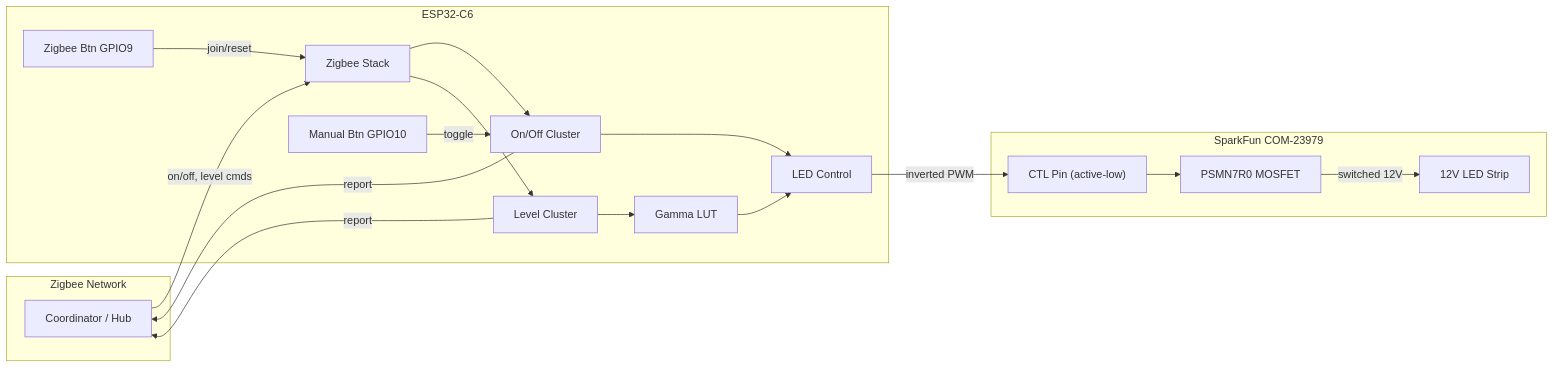
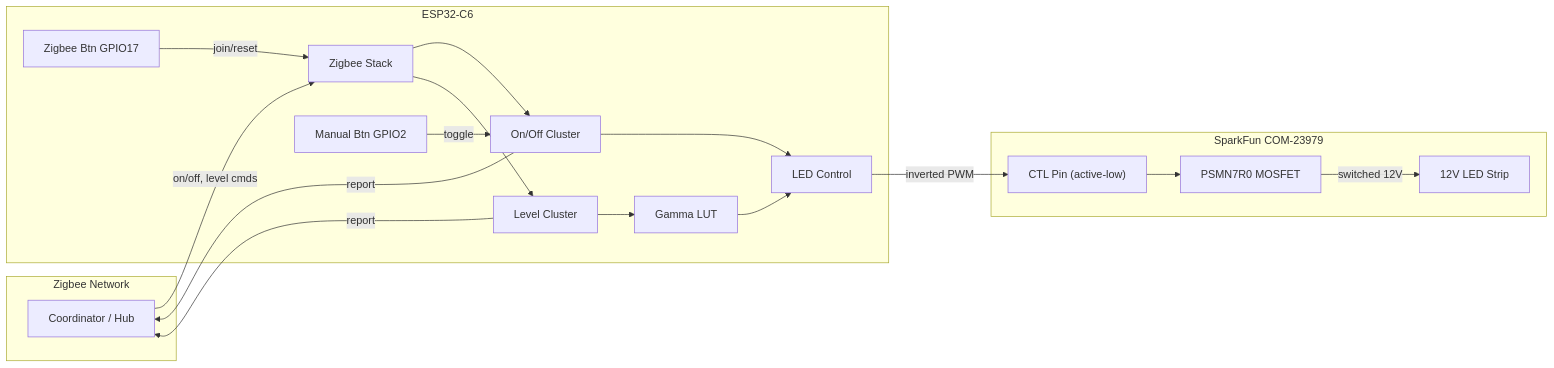
Before and after one commit to kshpin/dimming-light-switch: the diagram in README.md, drawn with Mermaid. The commit also changed other lines of this file and 10 other files, not shown here.

````diff
--- a/README.md
+++ b/README.md
@@ -241,36 +241,36 @@
 ```mermaid
 flowchart LR
     subgraph zigbeeNet [Zigbee Network]
         Hub[Coordinator / Hub]
     end
 
     subgraph esp32 [ESP32-C6]
         ZStack[Zigbee Stack]
         OnOff[On/Off Cluster]
         Level[Level Cluster]
         LedCtrl[LED Control]
-        BtnZB[Zigbee Btn GPIO9]
-        BtnManual[Manual Btn GPIO10]
+        BtnZB[Zigbee Btn GPIO17]
+        BtnManual[Manual Btn GPIO2]
         GammaLUT[Gamma LUT]
     end
 
     subgraph hw [SparkFun COM-23979]
         CTLPin["CTL Pin (active-low)"]
         MOSFET["PSMN7R0 MOSFET"]
         LEDStrip[12V LED Strip]
     end
 
     Hub -->|"on/off, level cmds"| ZStack
     ZStack --> OnOff
     ZStack --> Level
     OnOff --> LedCtrl
     Level --> GammaLUT
     GammaLUT --> LedCtrl
     LedCtrl -->|"inverted PWM"| CTLPin
     CTLPin --> MOSFET
     MOSFET -->|"switched 12V"| LEDStrip
     BtnZB -->|"join/reset"| ZStack
     BtnManual -->|"toggle"| OnOff
     OnOff -->|"report"| Hub
     Level -->|"report"| Hub
 ```
````
